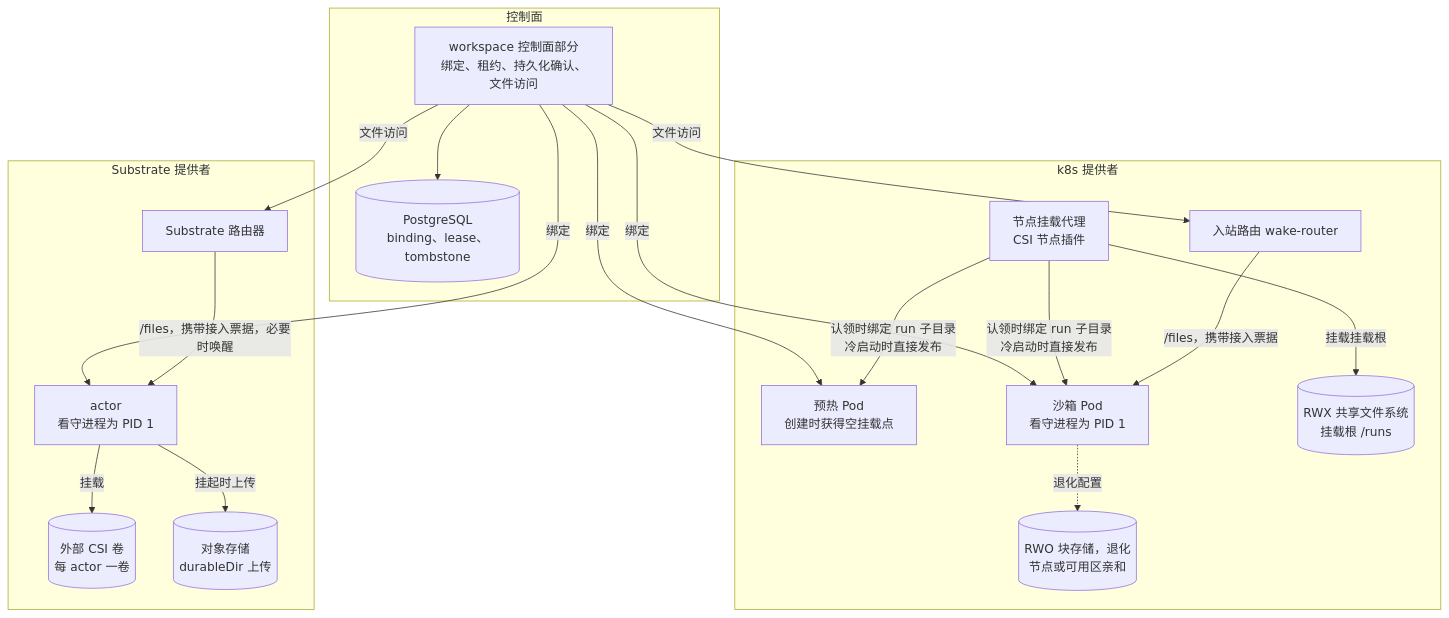
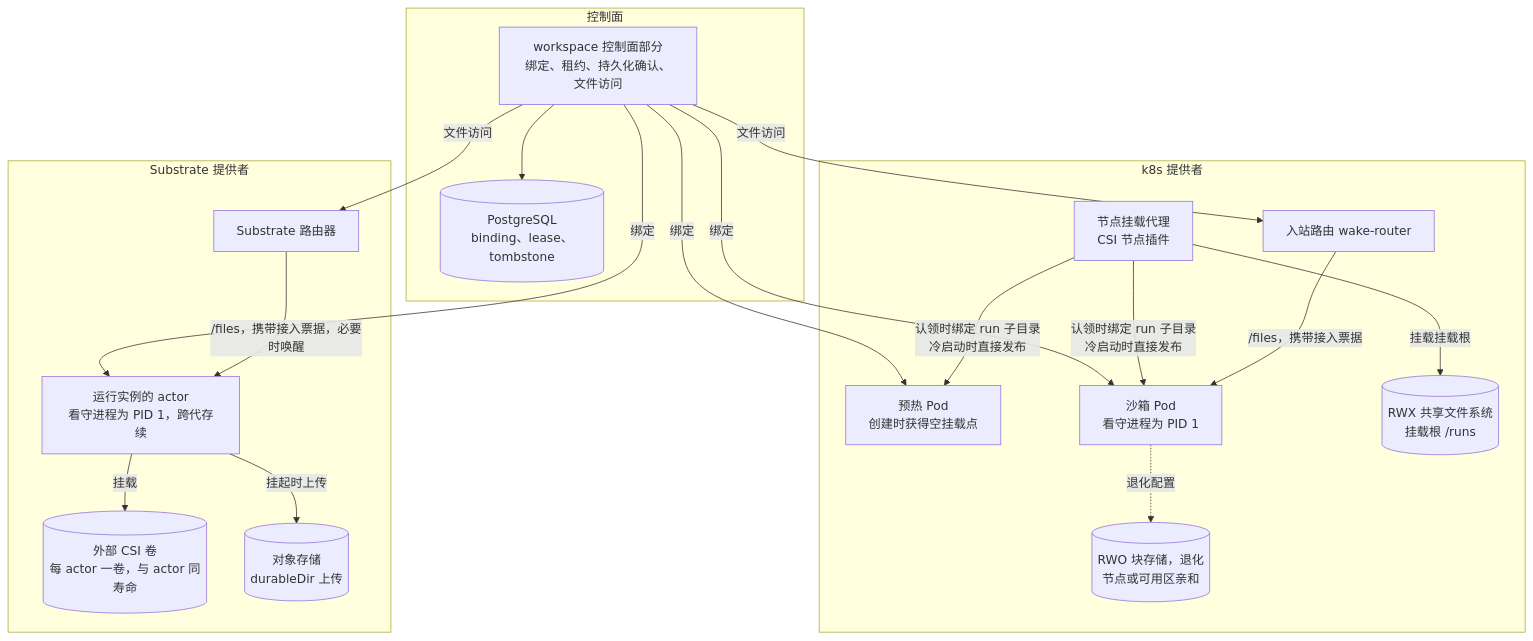
The second of 3 diagrams in docs/design/modules/design-workspace.md (wangzw/castworks), drawn with Mermaid before and after one commit. The commit also changed other lines of this file and 16 other files, not shown here.

````diff
--- a/docs/design/modules/design-workspace.md
+++ b/docs/design/modules/design-workspace.md
@@ -329,35 +329,35 @@
 ```mermaid
 flowchart TB
     subgraph cp["控制面"]
         ws["workspace 控制面部分<br/>绑定、租约、持久化确认、文件访问"]
         pg[("PostgreSQL<br/>binding、lease、tombstone")]
     end
     subgraph k8s["k8s 提供者"]
         node["节点挂载代理<br/>CSI 节点插件"]
         warm["预热 Pod<br/>创建时获得空挂载点"]
         pod["沙箱 Pod<br/>看守进程为 PID 1"]
         router["入站路由 wake-router"]
         rwx[("RWX 共享文件系统<br/>挂载根 /runs")]
         rwo[("RWO 块存储，退化<br/>节点或可用区亲和")]
     end
     subgraph sub["Substrate 提供者"]
-        actor["actor<br/>看守进程为 PID 1"]
+        actor["运行实例的 actor<br/>看守进程为 PID 1，跨代存续"]
         srouter["Substrate 路由器"]
-        csi[("外部 CSI 卷<br/>每 actor 一卷")]
+        csi[("外部 CSI 卷<br/>每 actor 一卷，与 actor 同寿命")]
         obj[("对象存储<br/>durableDir 上传")]
     end
     ws --> pg
     ws -->|"绑定"| warm
     ws -->|"绑定"| pod
     ws -->|"绑定"| actor
     node -->|"挂载挂载根"| rwx
     node -->|"认领时绑定 run 子目录<br/>冷启动时直接发布"| warm
     node -->|"认领时绑定 run 子目录<br/>冷启动时直接发布"| pod
     pod -.->|"退化配置"| rwo
     actor -->|"挂载"| csi
     actor -->|"挂起时上传"| obj
     ws -->|"文件访问"| router
     ws -->|"文件访问"| srouter
     router -->|"/files，携带接入票据"| pod
     srouter -->|"/files，携带接入票据，必要时唤醒"| actor
 ```
````
